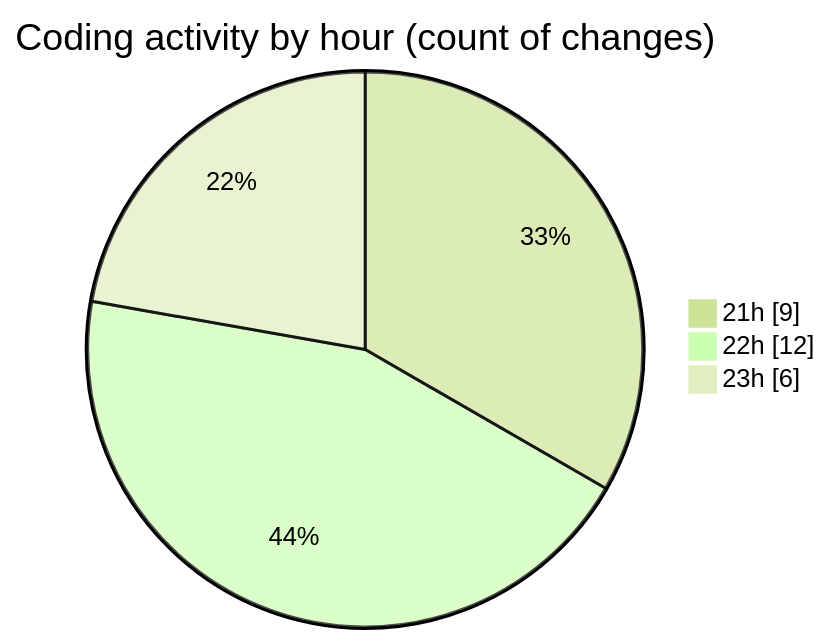
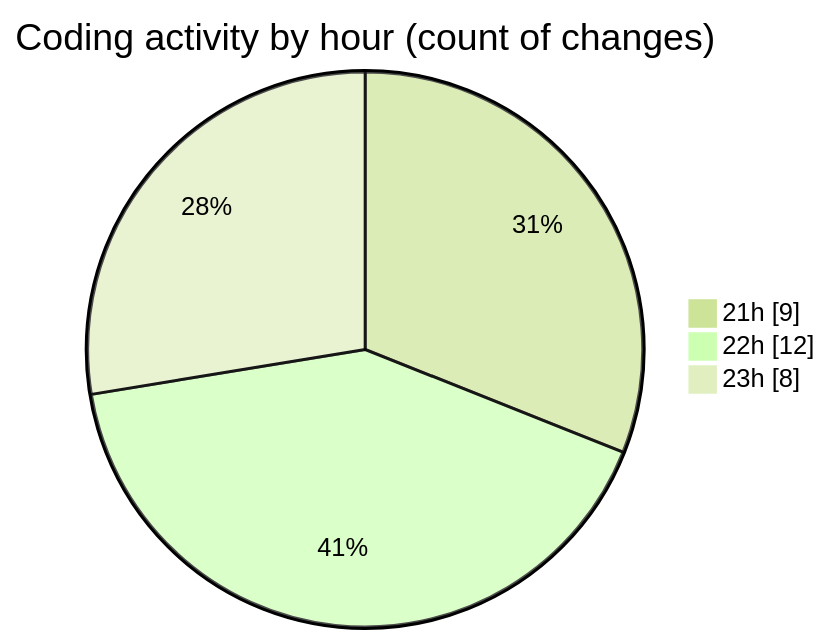
Before and after one commit to idhammustaqopulfikri/code-tracking: the second of 2 diagrams in 2025-03-29/autodidak/README.md, drawn with Mermaid (forest theme). The commit also changed other lines of this file and 1 other file, not shown here.

````diff
--- a/2025-03-29/autodidak/README.md
+++ b/2025-03-29/autodidak/README.md
@@ -35,7 +35,7 @@
 ```mermaid
 pie showData
 title Coding activity by hour (count of changes)
 "21h" : 9
 "22h" : 12
-"23h" : 6
+"23h" : 8
 ```
````
